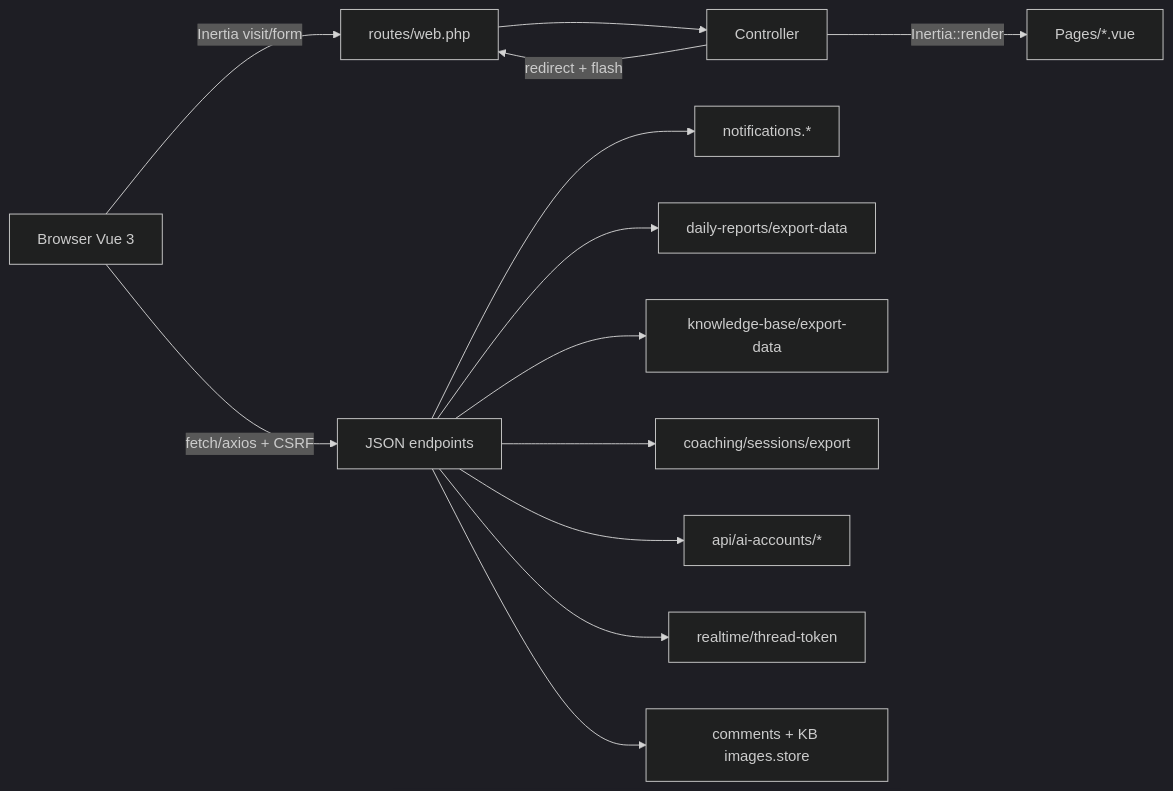
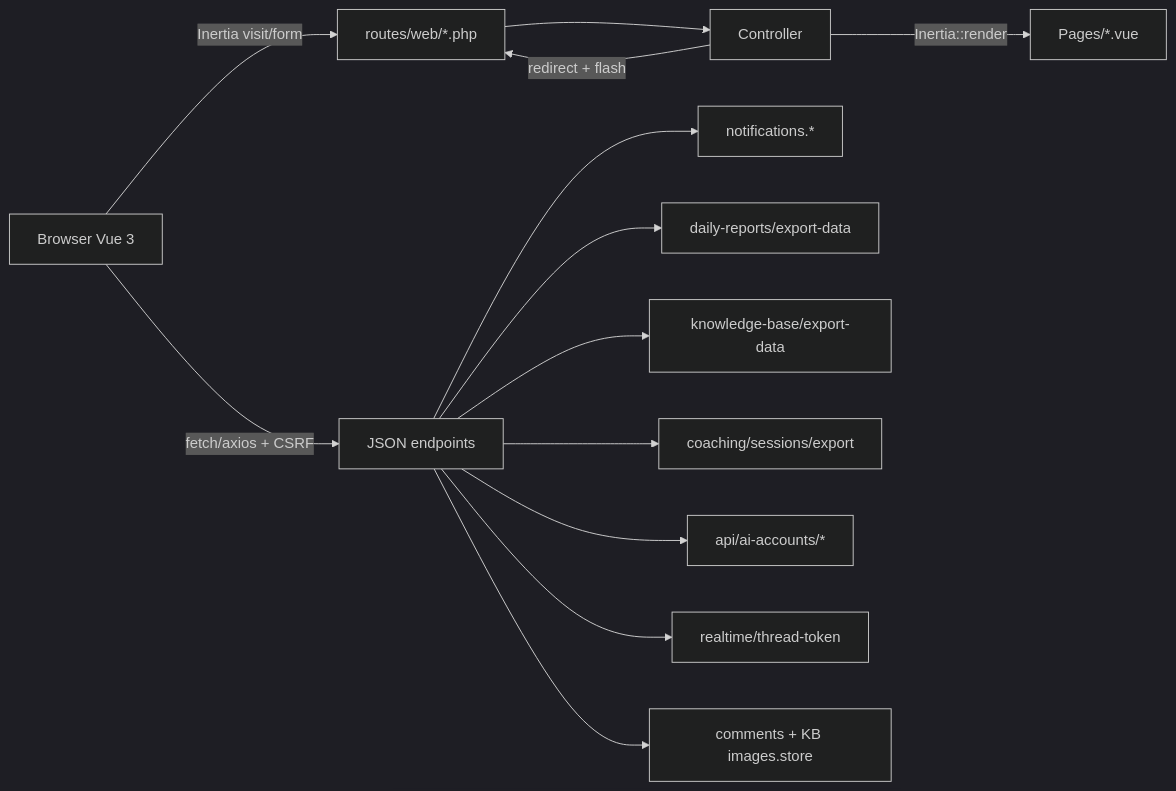
Before and after one commit to EasyToBuildWithKane/va-qlda: the second of 10 diagrams in docs/FLOWS_AND_DOCS_MAP.md, drawn with Mermaid (dark theme). The commit also changed other lines of this file and 116 other files, not shown here.

````diff
--- a/docs/FLOWS_AND_DOCS_MAP.md
+++ b/docs/FLOWS_AND_DOCS_MAP.md
@@ -52,16 +52,16 @@
 ```mermaid
 flowchart LR
   B[Browser Vue 3]
-  B -->|Inertia visit/form| W[routes/web.php]
+  B -->|Inertia visit/form| W[routes/web/*.php]
   B -->|fetch/axios + CSRF| J[JSON endpoints]
   W --> C[Controller]
   C -->|Inertia::render| P[Pages/*.vue]
   C -->|redirect + flash| W
   J --> N[notifications.*]
   J --> DR[daily-reports/export-data]
   J --> KB[knowledge-base/export-data]
   J --> CS[coaching/sessions/export]
   J --> AI[api/ai-accounts/*]
   J --> RT[realtime/thread-token]
   J --> CM[comments + KB images.store]
 ```
````
